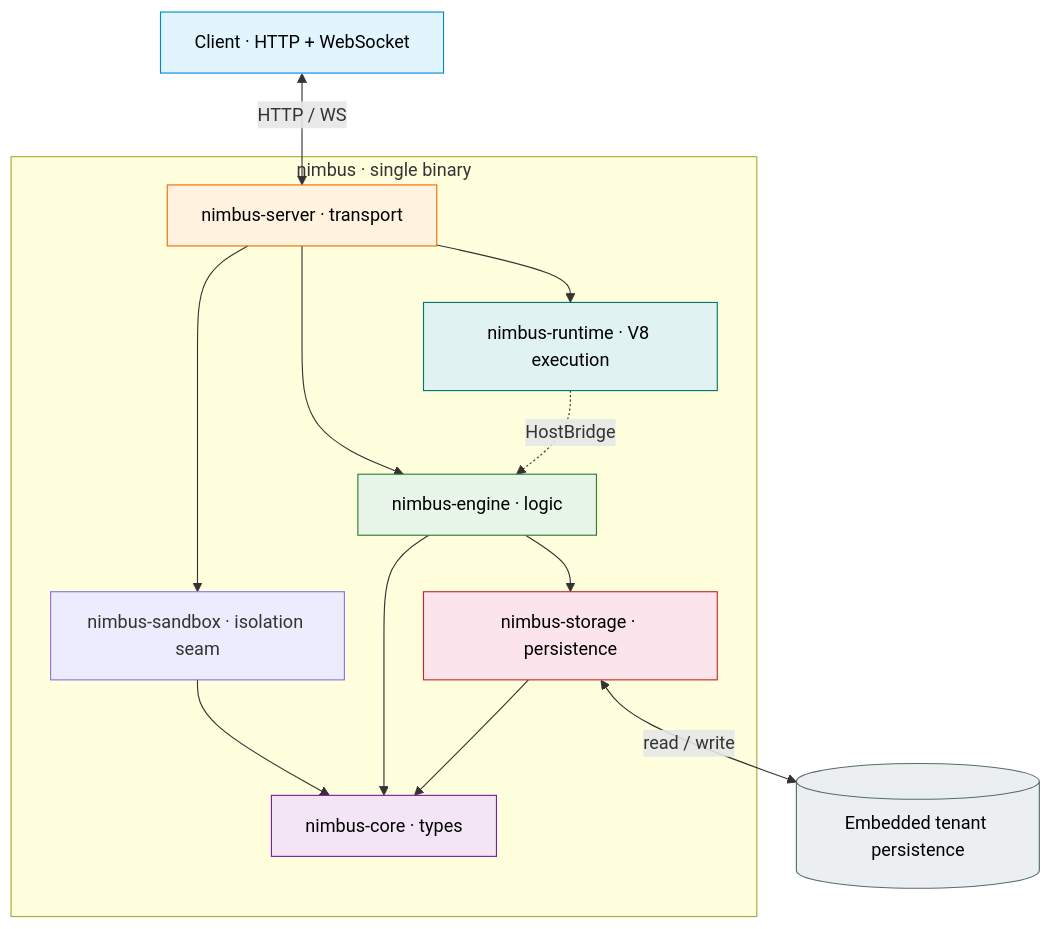
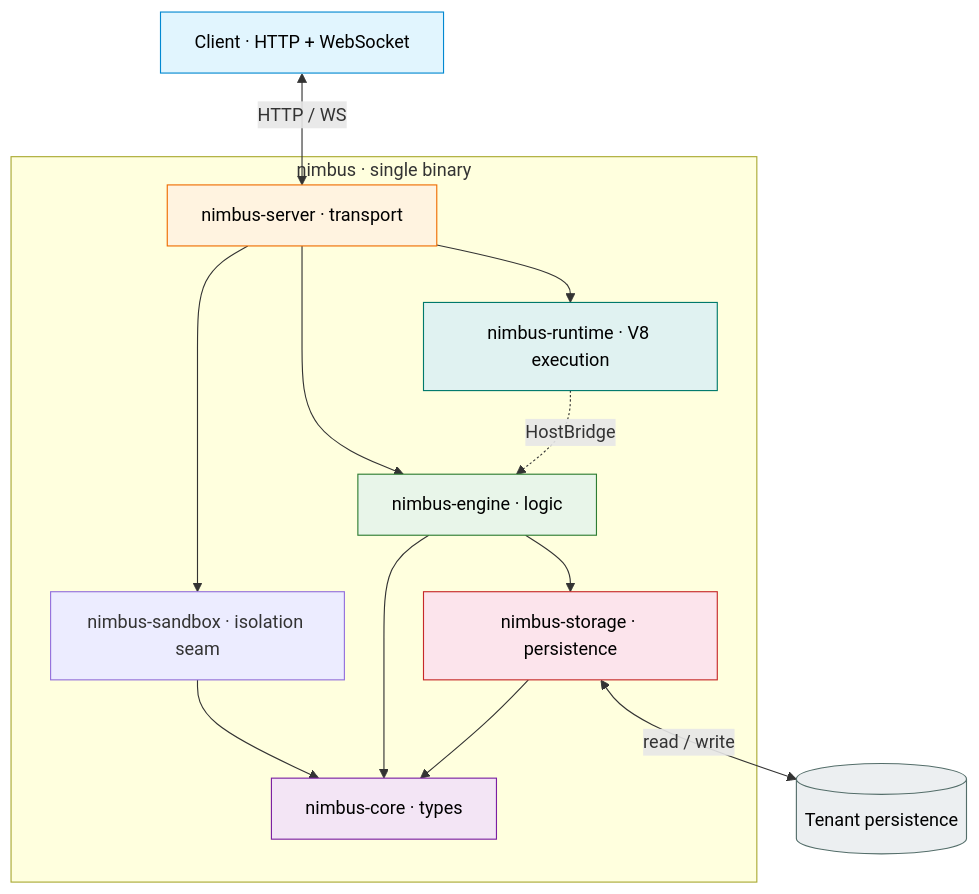
Before and after one commit to nimbus/nimbus: the second of 6 diagrams in ARCHITECTURE.md, drawn with Mermaid. The commit also changed other lines of this file and 104 other files, not shown here.

````diff
--- a/ARCHITECTURE.md
+++ b/ARCHITECTURE.md
@@ -58,42 +58,42 @@
 ```mermaid
 flowchart TD
     Client["Client · HTTP + WebSocket"]
 
     subgraph binary["nimbus · single binary"]
         Server["nimbus-server · transport"]
         Engine["nimbus-engine · logic"]
         Runtime["nimbus-runtime · V8 execution"]
         Sandbox["nimbus-sandbox · isolation seam"]
         Storage["nimbus-storage · persistence"]
         Core["nimbus-core · types"]
 
         Server --> Engine
         Server --> Runtime
         Server --> Sandbox
         Runtime -.->|HostBridge| Engine
         Sandbox --> Core
         Engine --> Storage
         Engine & Storage --> Core
     end
 
-    Disk[("Embedded tenant persistence")]
+    Disk[("Tenant persistence")]
 
     Client <-->|HTTP / WS| Server
     Storage <-->|read / write| Disk
 
     classDef client fill:#e1f5fe,stroke:#0288d1,color:#000
     classDef transport fill:#fff3e0,stroke:#ef6c00,color:#000
     classDef runtime fill:#e0f2f1,stroke:#00796b,color:#000
     classDef logic fill:#e8f5e9,stroke:#2e7d32,color:#000
     classDef storage fill:#fce4ec,stroke:#c62828,color:#000
     classDef types fill:#f3e5f5,stroke:#7b1fa2,color:#000
     classDef disk fill:#eceff1,stroke:#546e6a,color:#000
 
     class Client client
     class Server transport
     class Runtime runtime
     class Engine logic
     class Storage storage
     class Core types
     class Disk disk
 ```
````
